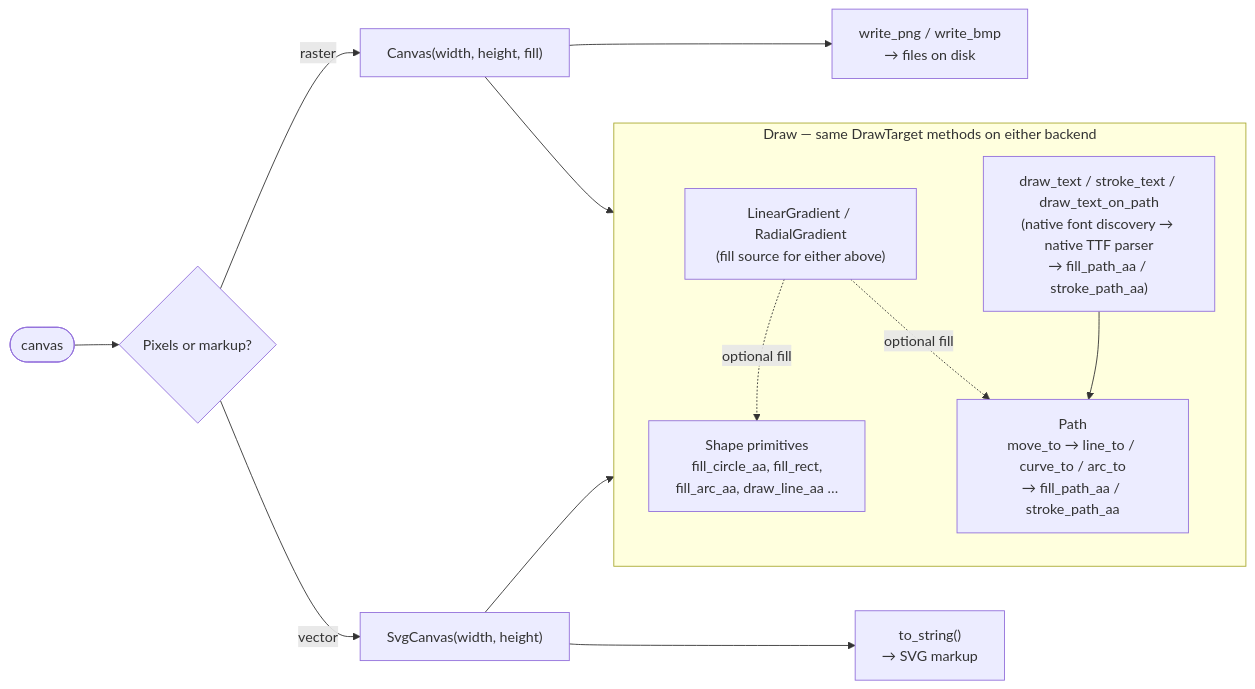
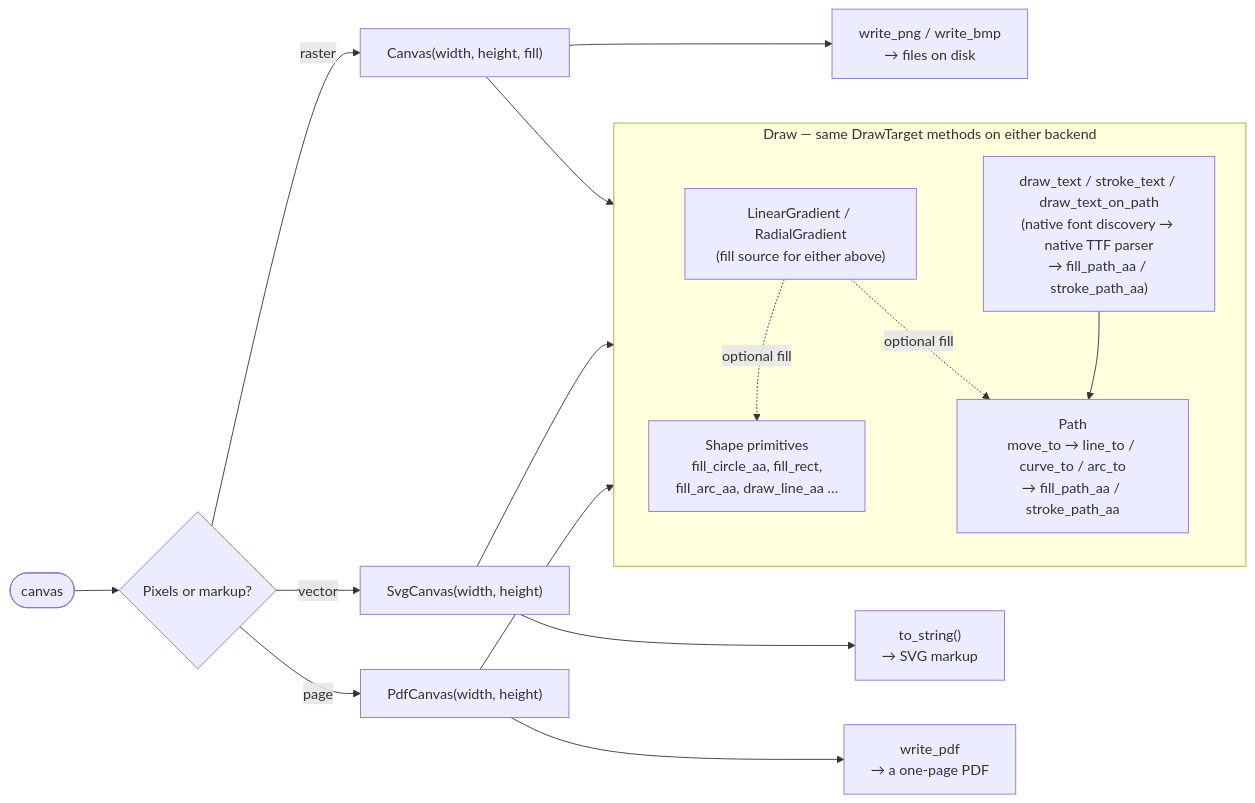
The diagram in README.md (randyzwitch/canvas_mojo), drawn with Mermaid before and after one commit. The commit also changed other lines of this file and 6 other files, not shown here.

````diff
--- a/README.md
+++ b/README.md
@@ -65,25 +66,28 @@
 ```mermaid
 flowchart LR
     Start(["canvas"]) --> Pick{"Pixels or markup?"}
 
     Pick -->|"raster"| Canvas["Canvas(width, height, fill)"]
     Pick -->|"vector"| Svg["SvgCanvas(width, height)"]
+    Pick -->|"page"| Pdf["PdfCanvas(width, height)"]
 
     Canvas --> Draw
     Svg --> Draw
+    Pdf --> Draw
 
     subgraph Draw["Draw — same DrawTarget methods on either backend"]
         direction TB
         Prim["Shape primitives<br/>fill_circle_aa, fill_rect,<br/>fill_arc_aa, draw_line_aa …"]
         PathAPI["Path<br/>move_to → line_to / curve_to / arc_to<br/>→ fill_path_aa / stroke_path_aa"]
         Text["draw_text / stroke_text / draw_text_on_path<br/>(native font discovery → native TTF parser<br/>→ fill_path_aa / stroke_path_aa)"]
         Grad["LinearGradient / RadialGradient<br/>(fill source for either above)"]
 
         Text --> PathAPI
         Grad -.->|"optional fill"| Prim
         Grad -.->|"optional fill"| PathAPI
     end
 
     Canvas --> Png["write_png / write_bmp<br/>→ files on disk"]
     Svg --> Str["to_string()<br/>→ SVG markup"]
+    Pdf --> File["write_pdf<br/>→ a one-page PDF"]
 ```
````
